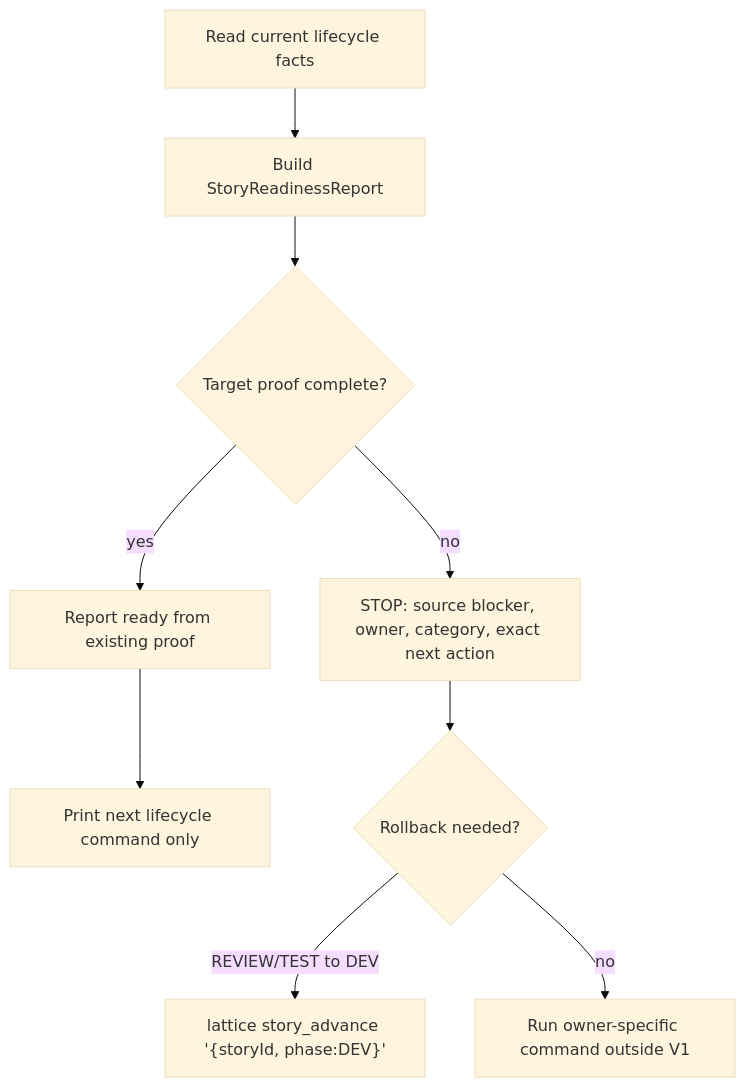
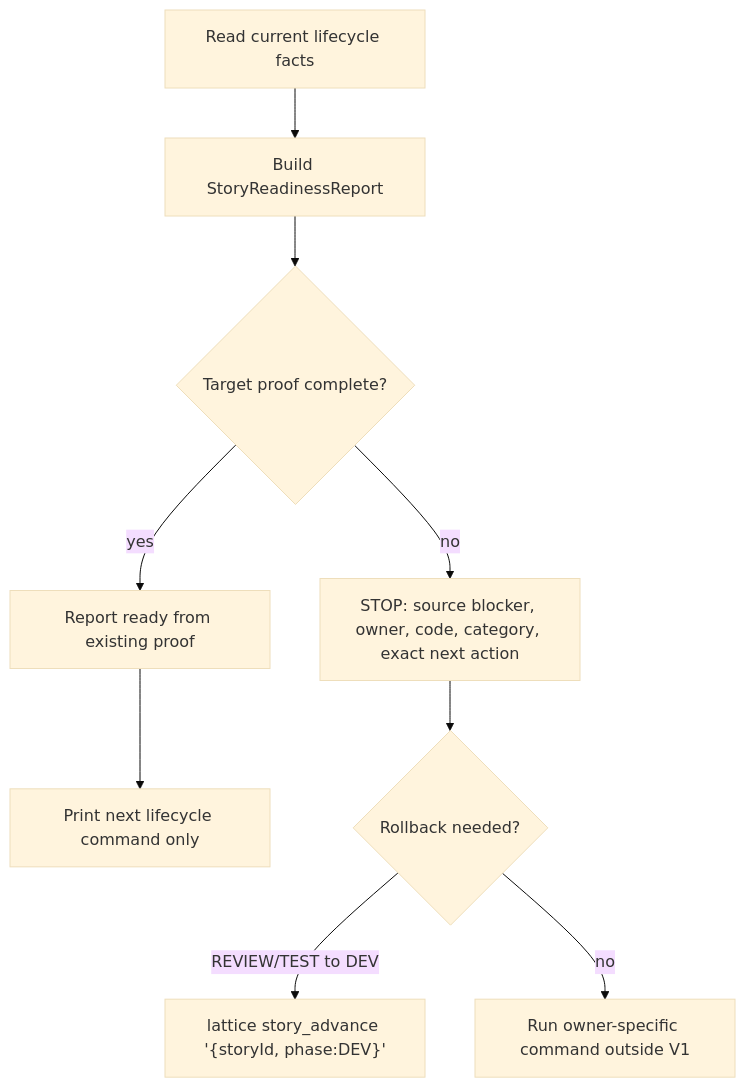
Before and after one commit to Proof-or-Stop/Prooforstop: the diagram in docs/requirements/decisions/lattice-lifecycle-readiness-check-execution-plan.md, drawn with Mermaid (base theme). The commit also changed other lines of this file, not shown here.

````diff
--- a/docs/requirements/decisions/lattice-lifecycle-readiness-check-execution-plan.md
+++ b/docs/requirements/decisions/lattice-lifecycle-readiness-check-execution-plan.md
@@ -371,11 +381,11 @@
 ```mermaid
 flowchart TD
   A["Read current lifecycle facts"] --> B["Build StoryReadinessReport"]
   B --> C{"Target proof complete?"}
-  C -- no --> D["STOP: source blocker, owner, category, exact next action"]
+  C -- no --> D["STOP: source blocker, owner, code, category, exact next action"]
   C -- yes --> E["Report ready from existing proof"]
   E --> F["Print next lifecycle command only"]
   D --> G{"Rollback needed?"}
   G -- REVIEW/TEST to DEV --> H["lattice story_advance '{storyId, phase:DEV}'"]
   G -- no --> I["Run owner-specific command outside V1"]
 ```
````
